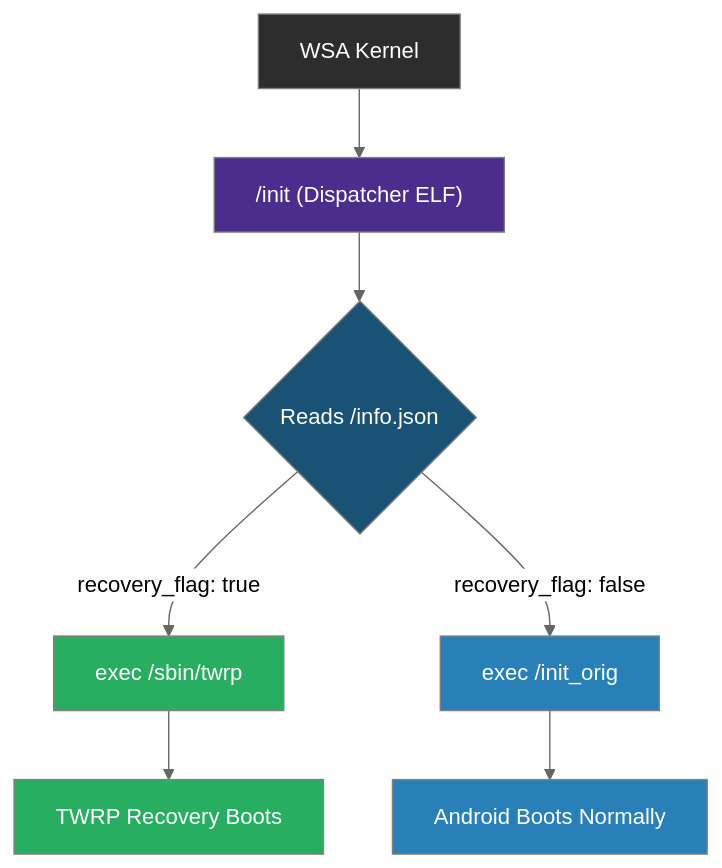
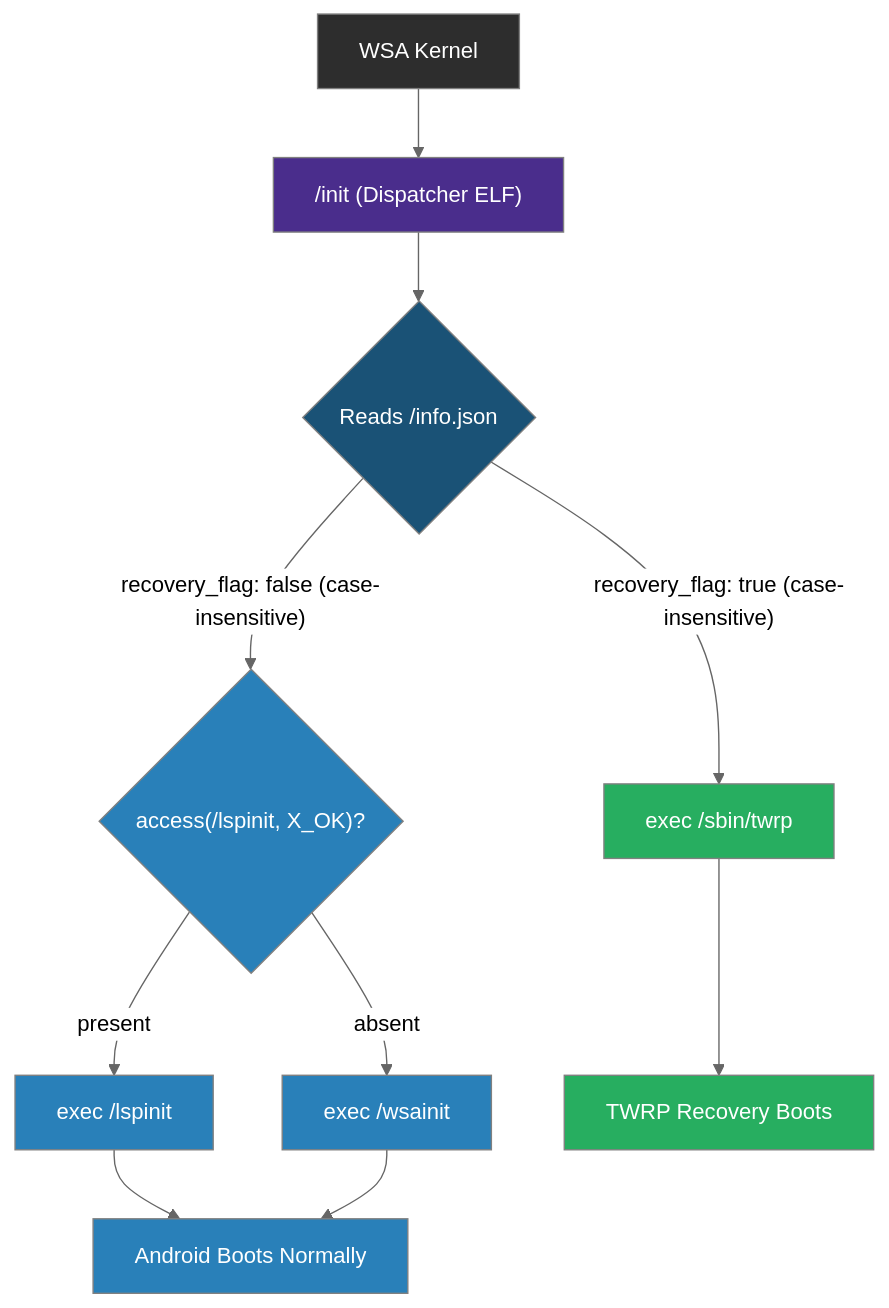
Before and after one commit to WSA-Installer/twrp-for-wsa: the first of 3 diagrams in README.md, drawn with Mermaid (neutral theme). The commit also changed other lines of this file and 12 other files, not shown here.

Commit message:
docs: refresh legacy guides for 4.1.0 (modules, IMG Manager, hook, dispatcher CI, corrected boot flow)

````diff
--- a/README.md
+++ b/README.md
@@ -266,17 +266,22 @@
 ```mermaid
 flowchart TD
     A[WSA Kernel] --> B["/init (Dispatcher ELF)"]
     B --> C{Reads /info.json}
-    C -->|"recovery_flag: true"| D["exec /sbin/twrp"]
-    C -->|"recovery_flag: false"| E["exec /init_orig"]
+    C -->|"recovery_flag: true (case-insensitive)"| D["exec /sbin/twrp"]
+    C -->|"recovery_flag: false (case-insensitive)"| E{"access(/lspinit, X_OK)?"}
+    E -->|"present"| E2["exec /lspinit"]
+    E -->|"absent"| E3["exec /wsainit"]
     D --> F[TWRP Recovery Boots]
-    E --> G[Android Boots Normally]
+    E2 --> G[Android Boots Normally]
+    E3 --> G
 
     style A fill:#2d2d2d,stroke:#808080,color:#fff
     style B fill:#4a2d8c,stroke:#808080,color:#fff
     style C fill:#1a5276,stroke:#808080,color:#fff
     style D fill:#27ae60,stroke:#808080,color:#fff
     style E fill:#2980b9,stroke:#808080,color:#fff
+    style E2 fill:#2980b9,stroke:#808080,color:#fff
+    style E3 fill:#2980b9,stroke:#808080,color:#fff
     style F fill:#27ae60,stroke:#808080,color:#fff
     style G fill:#2980b9,stroke:#808080,color:#fff
 ```
````
